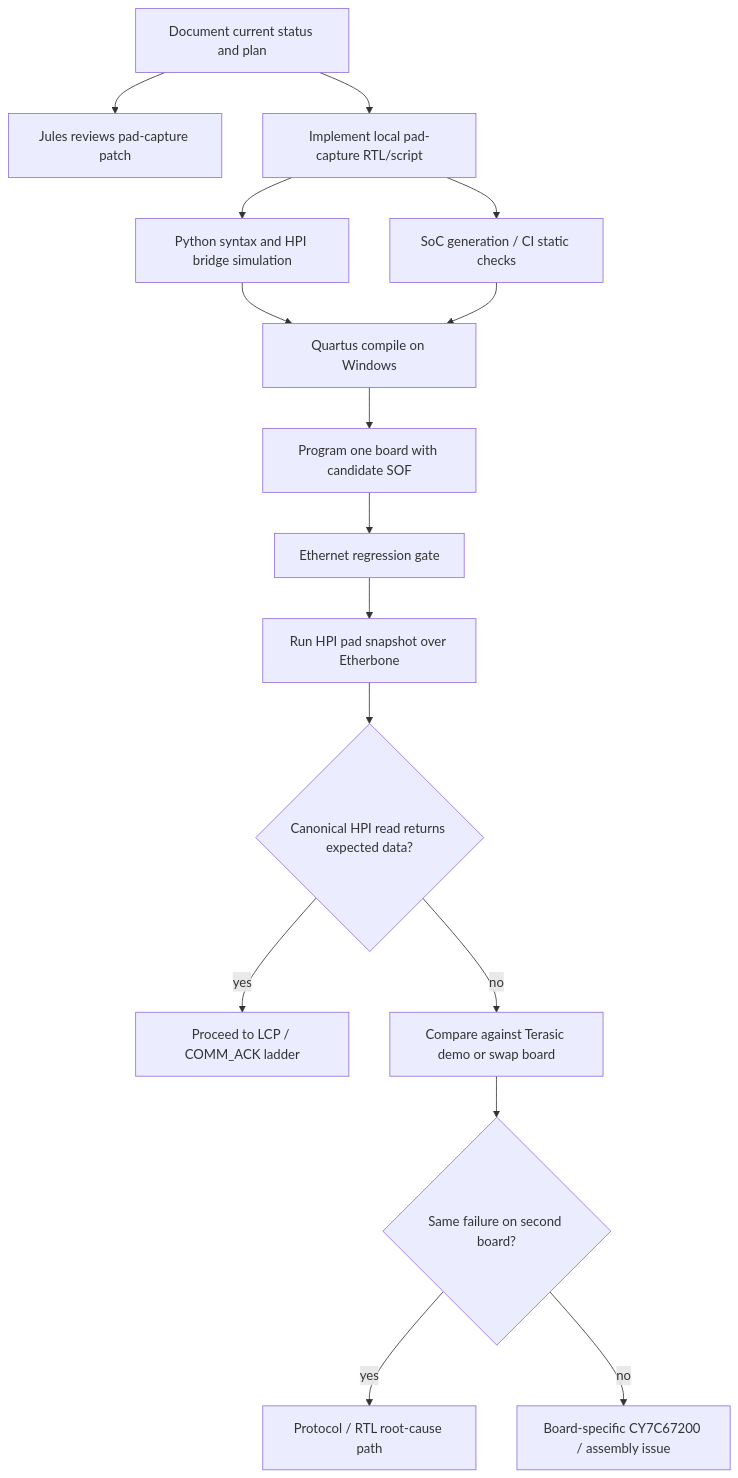
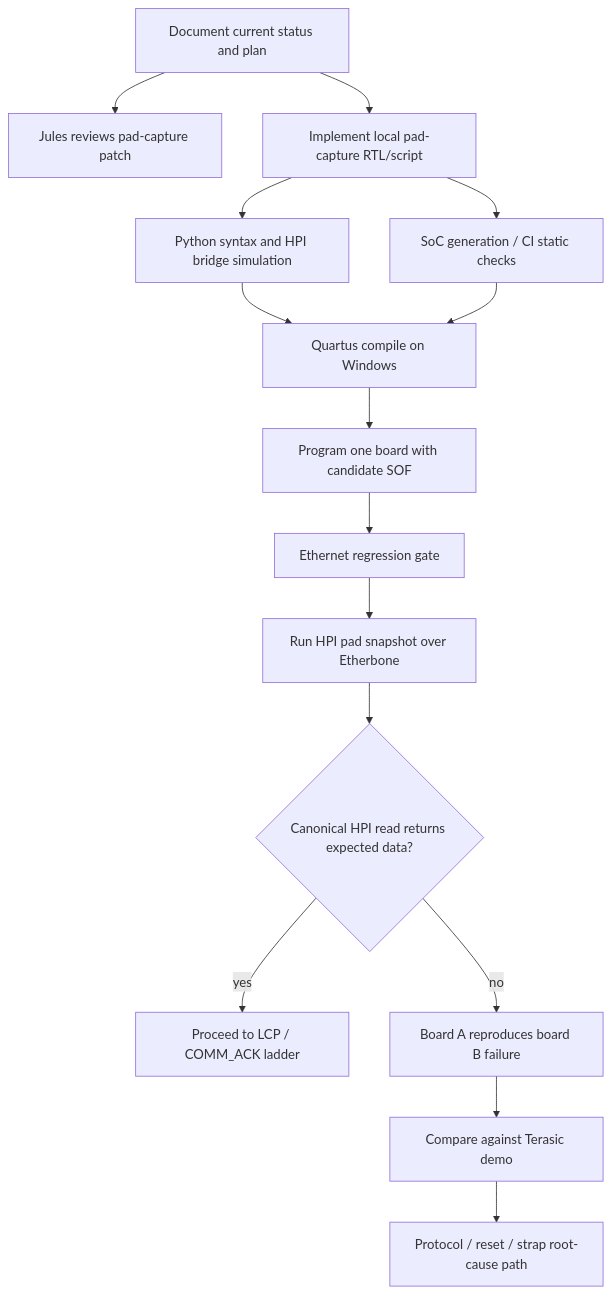
Before and after one commit to SemperSupra/DE2-115: the first of 2 diagrams in ORCHESTRATION_PLAN.md, drawn with Mermaid. The commit also changed other lines of this file and 5 other files, not shown here.

````diff
--- a/ORCHESTRATION_PLAN.md
+++ b/ORCHESTRATION_PLAN.md
@@ -39,18 +42,17 @@
 ```mermaid
 graph TD
     A[Document current status and plan] --> B[Jules reviews pad-capture patch]
     A --> C[Implement local pad-capture RTL/script]
     C --> D[Python syntax and HPI bridge simulation]
     C --> E[SoC generation / CI static checks]
     D --> F[Quartus compile on Windows]
     E --> F
     F --> G[Program one board with candidate SOF]
     G --> H[Ethernet regression gate]
     H --> I[Run HPI pad snapshot over Etherbone]
     I --> J{Canonical HPI read returns expected data?}
     J -- yes --> K[Proceed to LCP / COMM_ACK ladder]
-    J -- no --> L[Compare against Terasic demo or swap board]
-    L --> M{Same failure on second board?}
-    M -- yes --> N[Protocol / RTL root-cause path]
-    M -- no --> O[Board-specific CY7C67200 / assembly issue]
+    J -- no --> L[Board A reproduces board B failure]
+    L --> M[Compare against Terasic demo]
+    M --> N[Protocol / reset / strap root-cause path]
 ```
````
